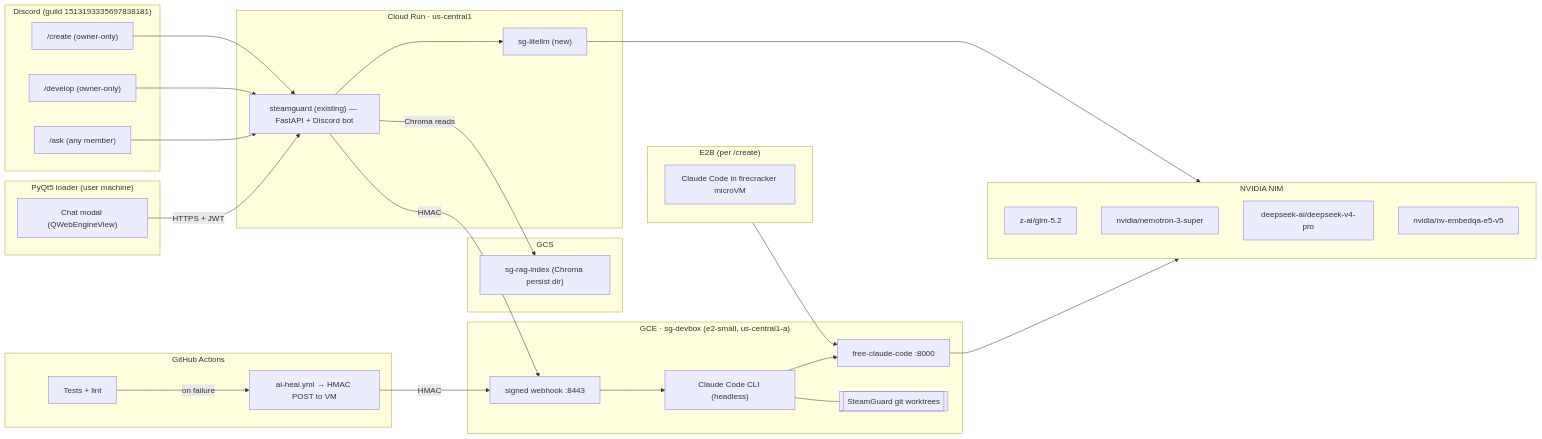
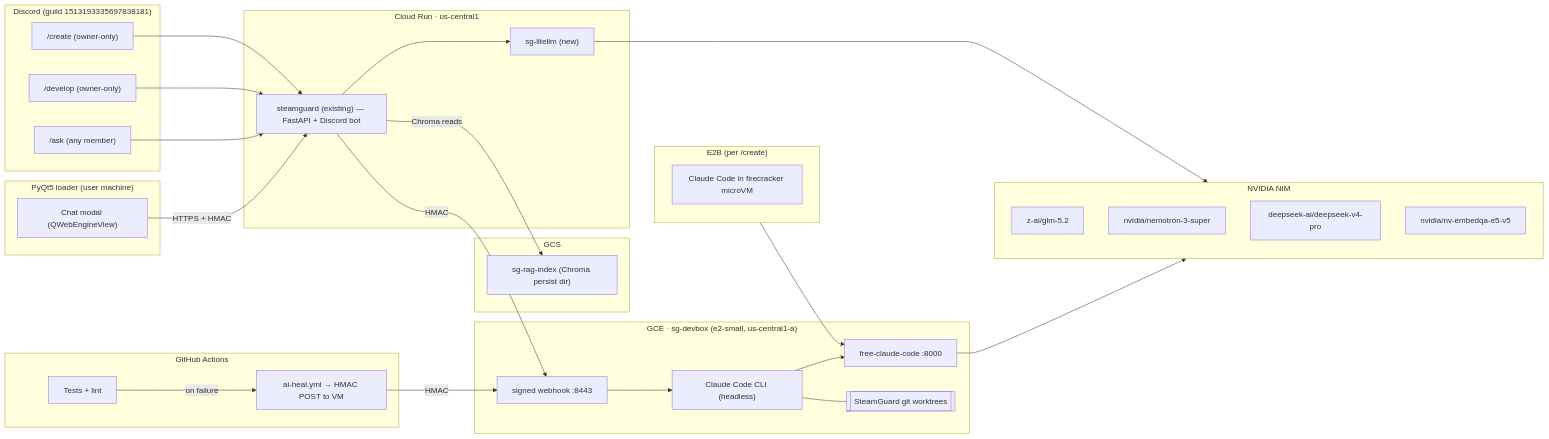
The diagram in docs/AI_INTEGRATION_PLAN.md (rivvak/SteamGuard), drawn with Mermaid before and after one commit. The commit also changed other lines of this file, not shown here.

First line of the commit message:
docs(ai): v3.1 — correct /ai/ask auth from JWT to HMAC(SECRET_KEY,"key:hwid")

````diff
--- a/docs/AI_INTEGRATION_PLAN.md
+++ b/docs/AI_INTEGRATION_PLAN.md
@@ -61,59 +64,59 @@
 ```mermaid
 flowchart LR
     subgraph Client["PyQt5 loader (user machine)"]
         UI["Chat modal (QWebEngineView)"]
     end
 
     subgraph Discord["Discord (guild 1513193335697838181)"]
         ASK["/ask (any member)"]
         DEV["/develop (owner-only)"]
         CREATE["/create (owner-only)"]
     end
 
     subgraph CloudRun["Cloud Run · us-central1"]
         SG["steamguard (existing) — FastAPI + Discord bot"]
         LL["sg-litellm (new)"]
     end
 
     subgraph GCS["GCS"]
         BUCKET["sg-rag-index (Chroma persist dir)"]
     end
 
     subgraph VM["GCE · sg-devbox (e2-small, us-central1-a)"]
         FCC["free-claude-code :8000"]
         CC["Claude Code CLI (headless)"]
         REPO[["SteamGuard git worktrees"]]
         HOOK["signed webhook :8443"]
     end
 
     subgraph GHA["GitHub Actions"]
         CI["Tests + lint"]
         HEAL["ai-heal.yml → HMAC POST to VM"]
     end
 
     subgraph Sandbox["E2B (per /create)"]
         BOX["Claude Code in firecracker microVM"]
     end
 
     subgraph NIM["NVIDIA NIM"]
         GLM["z-ai/glm-5.2"]
         NEM["nvidia/nemotron-3-super"]
         DS["deepseek-ai/deepseek-v4-pro"]
         EMB["nvidia/nv-embedqa-e5-v5"]
     end
 
-    UI -->|HTTPS + JWT| SG
+    UI -->|HTTPS + HMAC| SG
     ASK --> SG
     DEV --> SG
     CREATE --> SG
     SG -->|Chroma reads| BUCKET
     SG --> LL
     SG -->|HMAC| HOOK
     HOOK --> CC
     CC --> FCC --> NIM
     CC --- REPO
     LL --> NIM
     CI -- on failure --> HEAL
     HEAL -->|HMAC| HOOK
     Sandbox --> FCC
 ```
````
